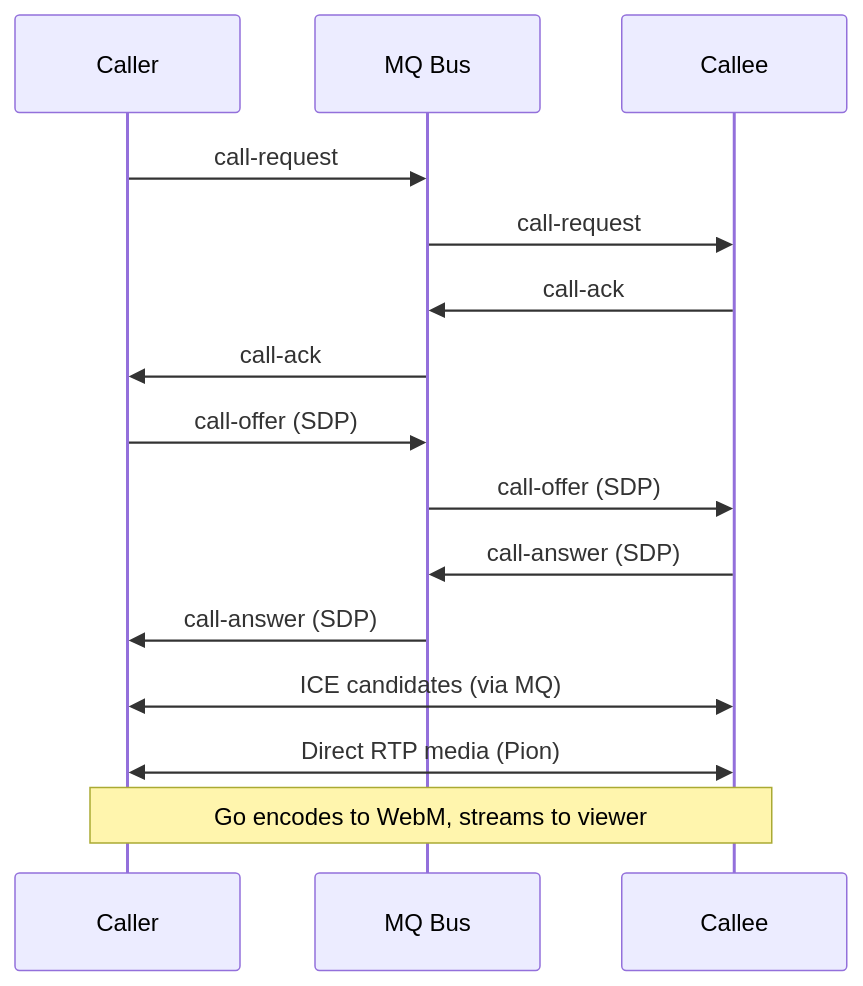
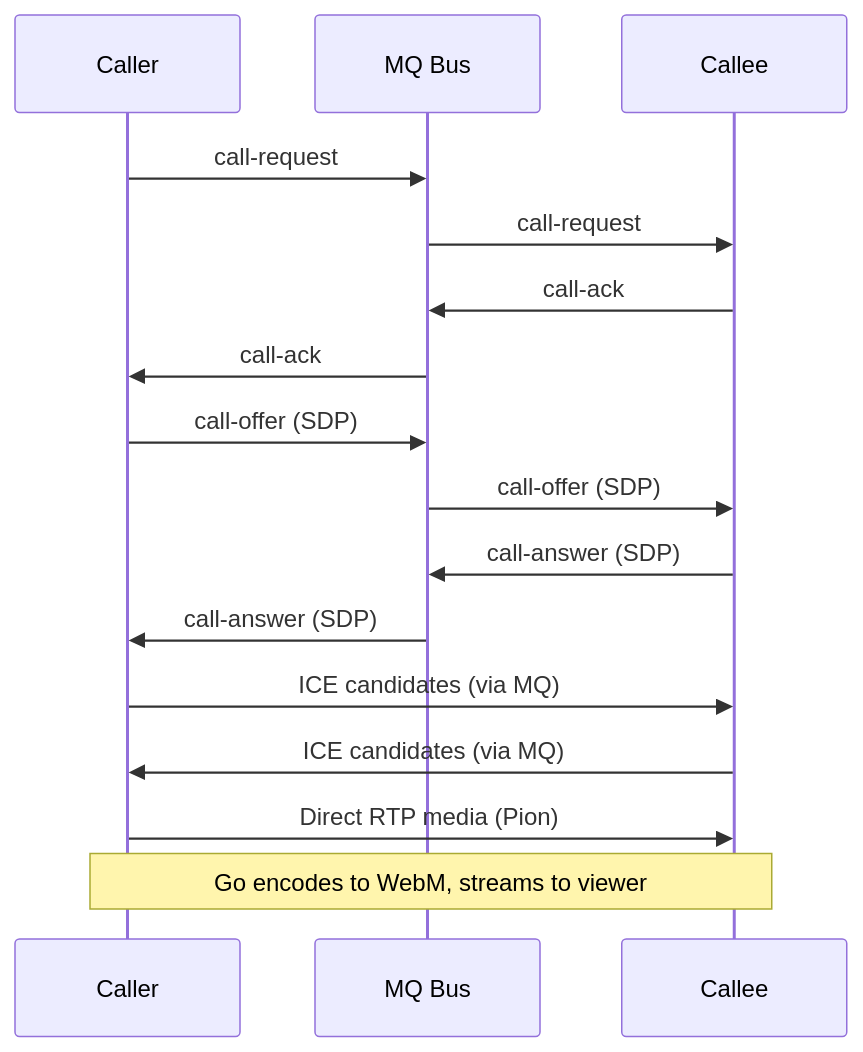
The first of 2 diagrams in internal/rendezvous/docs/08-advanced.md (petervdpas/goop2), drawn with Mermaid before and after one commit. The commit also changed other lines of this file and 9 other files, not shown here.

````diff
--- a/internal/rendezvous/docs/08-advanced.md
+++ b/internal/rendezvous/docs/08-advanced.md
@@ -65,18 +65,19 @@
 ```mermaid
 sequenceDiagram
     participant C as Caller
     participant MQ as MQ Bus
     participant R as Callee
 
     C->>MQ: call-request
     MQ->>R: call-request
     R->>MQ: call-ack
     MQ->>C: call-ack
     C->>MQ: call-offer (SDP)
     MQ->>R: call-offer (SDP)
     R->>MQ: call-answer (SDP)
     MQ->>C: call-answer (SDP)
-    C<<->>R: ICE candidates (via MQ)
-    C<<->>R: Direct RTP media (Pion)
+    C->>R: ICE candidates (via MQ)
+    R->>C: ICE candidates (via MQ)
+    C->>R: Direct RTP media (Pion)
     Note over C,R: Go encodes to WebM, streams to viewer
 ```
````
